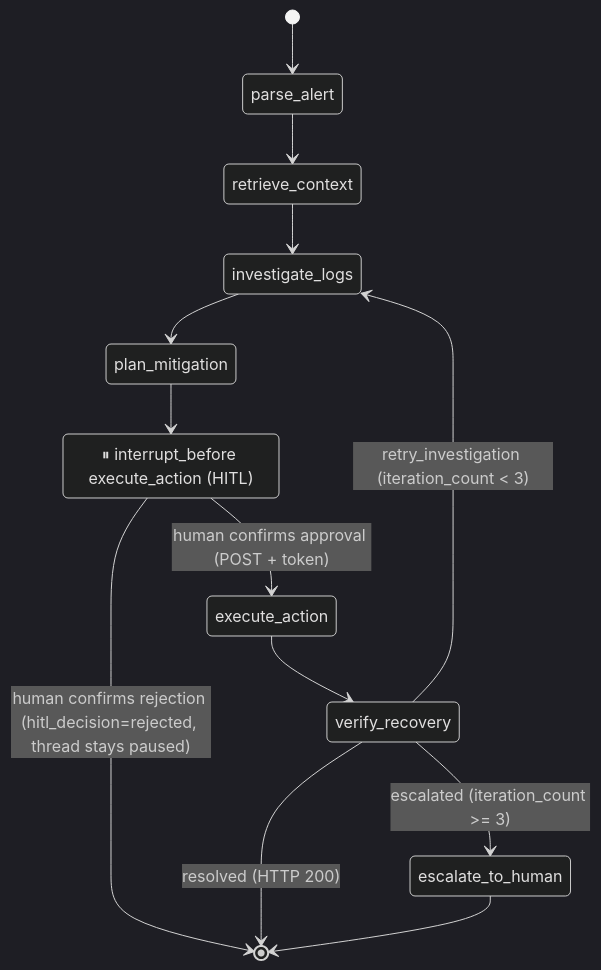
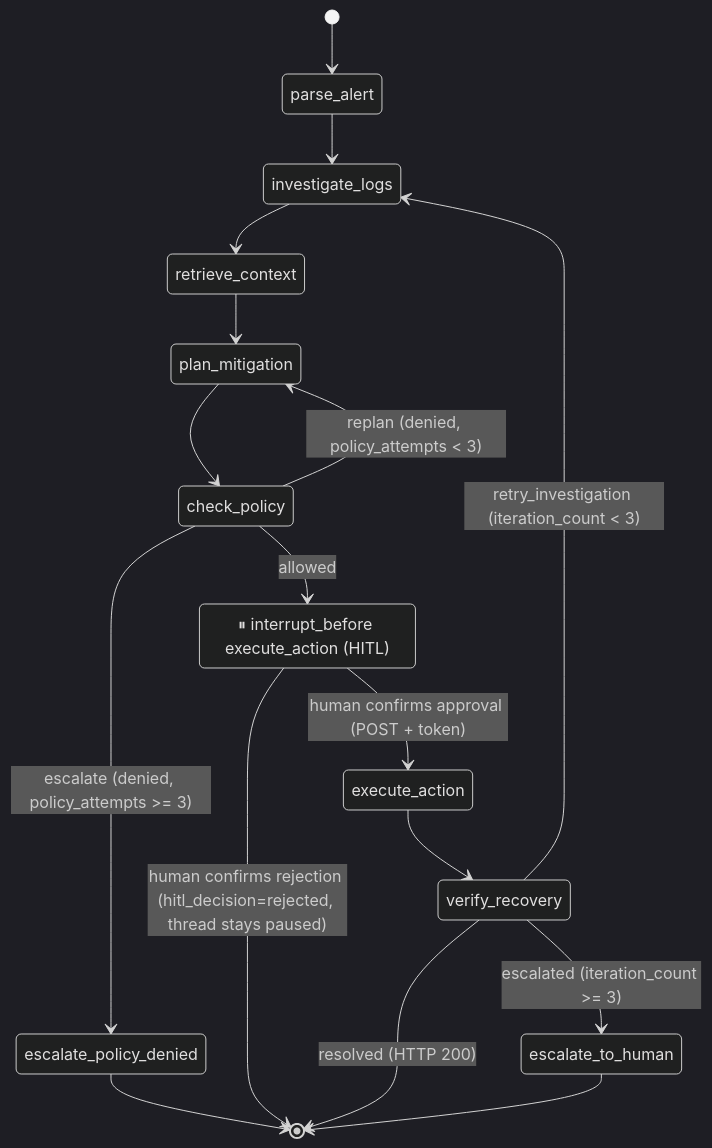
One commit to anaskhan7866/Autonomous-SRE-Agent changed the second of 3 diagrams in docs/WORKFLOW.md. Above: the diagram before and after it, drawn with Mermaid (dark theme). The commit also changed other lines of this file and 26 other files, not shown here.

````diff
--- a/docs/WORKFLOW.md
+++ b/docs/WORKFLOW.md
@@ -63,16 +67,20 @@
 ```mermaid
 stateDiagram-v2
     [*] --> parse_alert
-    parse_alert --> retrieve_context
-    retrieve_context --> investigate_logs
-    investigate_logs --> plan_mitigation
-    plan_mitigation --> HITL
+    parse_alert --> investigate_logs
+    investigate_logs --> retrieve_context
+    retrieve_context --> plan_mitigation
+    plan_mitigation --> check_policy
+    check_policy --> HITL : allowed
+    check_policy --> plan_mitigation : replan (denied, policy_attempts < 3)
+    check_policy --> escalate_policy_denied : escalate (denied, policy_attempts >= 3)
+    escalate_policy_denied --> [*]
     state "⏸ interrupt_before execute_action (HITL)" as HITL
     HITL --> execute_action : human confirms approval (POST + token)
     HITL --> [*] : human confirms rejection (hitl_decision=rejected, thread stays paused)
     execute_action --> verify_recovery
     verify_recovery --> [*] : resolved (HTTP 200)
     verify_recovery --> investigate_logs : retry_investigation (iteration_count < 3)
     verify_recovery --> escalate_to_human : escalated (iteration_count >= 3)
     escalate_to_human --> [*]
 ```
````
